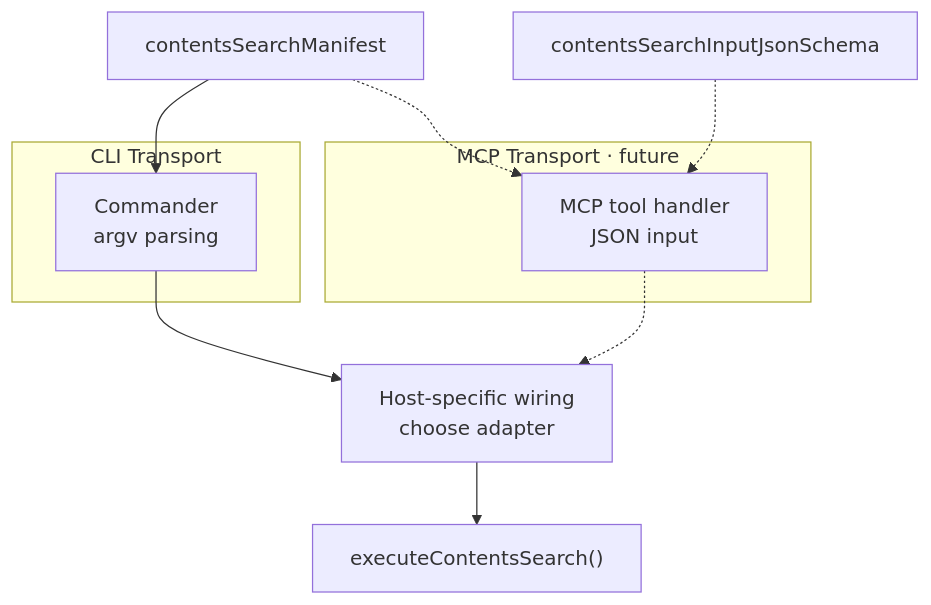
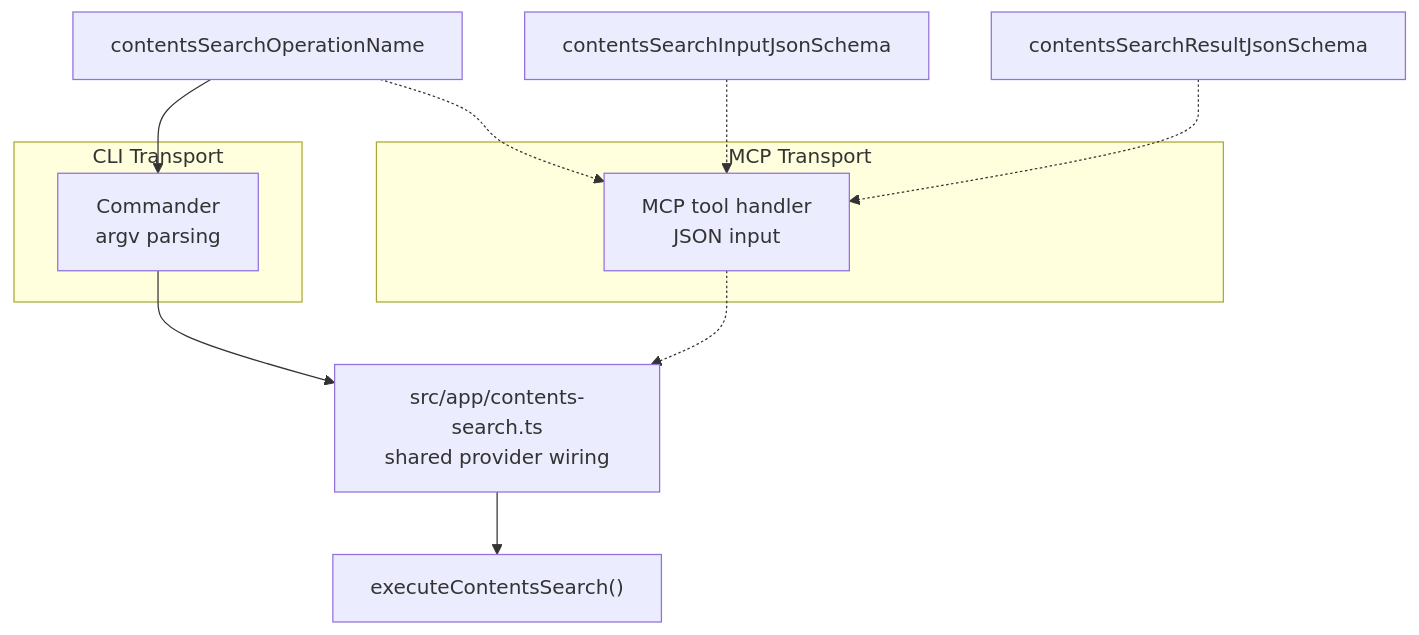
The sixth of 6 diagrams in src/ARCHITECTURE.md (cpaikr/darty), drawn with Mermaid before and after one commit. The commit also changed other lines of this file and 15 other files, not shown here.

Commit message:
Refactor contents-search for CLI and MCP

````diff
--- a/src/ARCHITECTURE.md
+++ b/src/ARCHITECTURE.md
@@ -266,22 +284,24 @@
 ```mermaid
 graph TD
     subgraph CLI["CLI Transport"]
         CLI_CMD["Commander\nargv parsing"]
     end
 
-    subgraph MCP["MCP Transport · future"]
+    subgraph MCP["MCP Transport"]
         MCP_TOOL["MCP tool handler\nJSON input"]
     end
 
-    MANIFEST["contentsSearchManifest"]
-    JSON_SCHEMA["contentsSearchInputJsonSchema"]
-    COMPOSE["Host-specific wiring\nchoose adapter"]
+    OP_ID["contentsSearchOperationName"]
+    INPUT_SCHEMA["contentsSearchInputJsonSchema"]
+    RESULT_SCHEMA["contentsSearchResultJsonSchema"]
+    COMPOSE["src/app/contents-search.ts\nshared provider wiring"]
     EXEC["executeContentsSearch()"]
 
-    MANIFEST --> CLI_CMD
-    MANIFEST -.-> MCP_TOOL
-    JSON_SCHEMA -.-> MCP_TOOL
+    OP_ID --> CLI_CMD
+    OP_ID -.-> MCP_TOOL
+    INPUT_SCHEMA -.-> MCP_TOOL
+    RESULT_SCHEMA -.-> MCP_TOOL
     CLI_CMD --> COMPOSE
     MCP_TOOL -.-> COMPOSE
     COMPOSE --> EXEC
 ```
````
